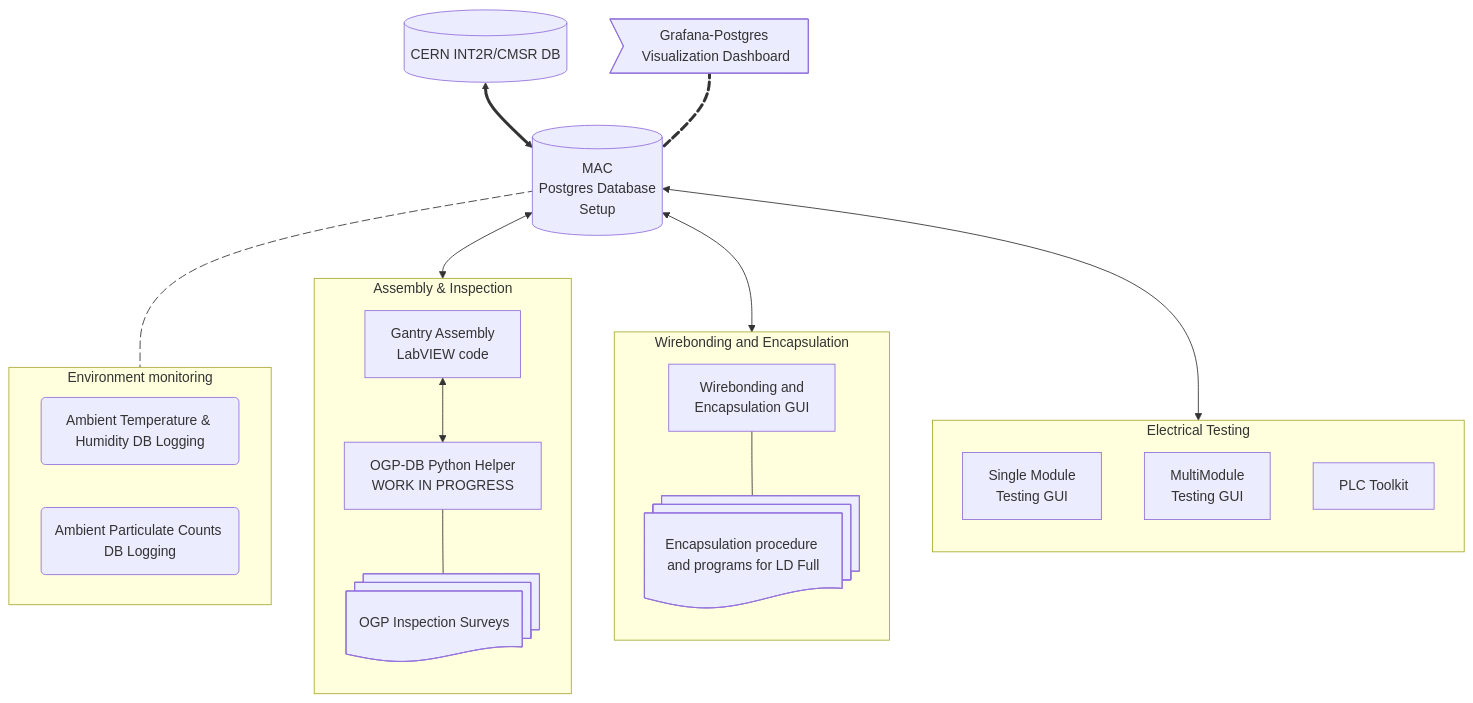
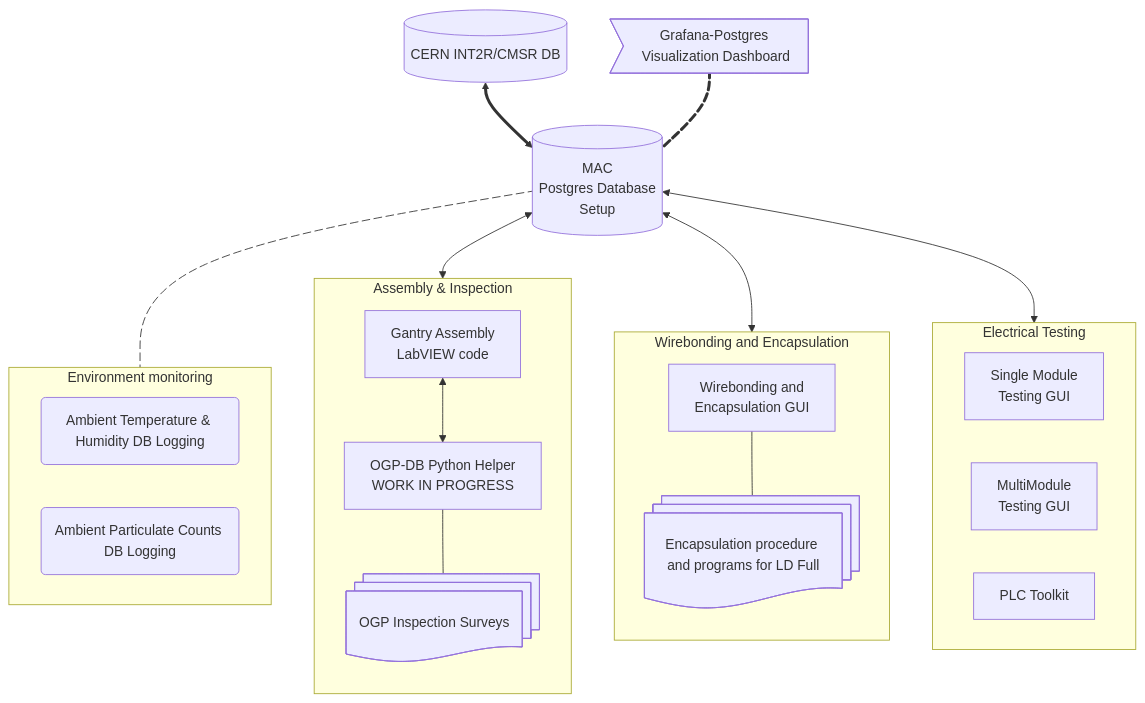
The diagram in profile/README.md (cmu-hgc-mac/.github), drawn with Mermaid before and after one commit.

````diff
--- a/profile/README.md
+++ b/profile/README.md
@@ -5,56 +5,56 @@
 ```mermaid
 graph TD
     
     subgraph AI [Assembly & Inspection]
         direction TB
         L[Gantry Assembly<br>LabVIEW code] <--> I[OGP-DB Python Helper<br>WORK IN PROGRESS]
         IS@{ shape: docs, label: "OGP Inspection Surveys" }
         I --- IS
 
     end
 
     subgraph WEN [Wirebonding and Encapsulation]
         direction TB
         W[Wirebonding and<br> Encapsulation GUI]
         EP@{ shape: docs, label: "Encapsulation procedure and programs for LD Full" }
         W --- EP
     end
 
     subgraph ET [Electrical Testing]
-        direction TB
+        direction LR
         SMT[Single Module<br> Testing GUI]
         MMT[MultiModule<br> Testing GUI]
         PLC[PLC Toolkit]
     end
 
     subgraph EM [Environment monitoring]
         direction LR
         H(Ambient Temperature & Humidity DB Logging) 
         P(Ambient Particulate Counts DB Logging) 
     end
 
     K[(CERN INT2R/CMSR DB)] <==> A[(MAC<br>Postgres Database<br>Setup)]
     G>Grafana-Postgres Visualization Dashboard] e1@ === A
     A e2@--- EM
     A <--> AI
     A <--> WEN
     A <--> ET
     
     click A href "https://github.com/cmu-hgc-mac/HGC_DB_postgres/"
     click I href "https://github.com/cmu-hgc-mac/HGC_OGP_DB"
     click L href "https://github.com/cmu-hgc-mac/Gantry"
     click W href "https://github.com/cmu-hgc-mac/wirebonder_gui"
     click SMT href "https://gitlab.cern.ch/acrobert/hgcal-module-testing-gui/"
     click MMT href "https://github.com/ltsai323/MultiModuleTeststandUI/tree/main"
     click PLC href "https://github.com/Xingfu23/PLC_toolkits_mqtt_NTU/tree/master"
     click K href "https://gitlab.cern.ch/groups/hgcal-database/-/issues"
     click G href "https://github.com/cmu-hgc-mac/grafana_hgcdb_dashboard"
     click P href "https://github.com/cmu-hgc-mac/ambient-particulate-counts"
     click H href "https://github.com/cmu-hgc-mac/ambient-temp-humidity"
     click EP href "https://github.com/cmu-hgc-mac/encapsulation"
     click IS href "https://github.com/cmu-hgc-mac/OGP-inspection-surveys"
     e1@{ animate: true }
     e2@{ animate: true }
     
 
 ```
````
